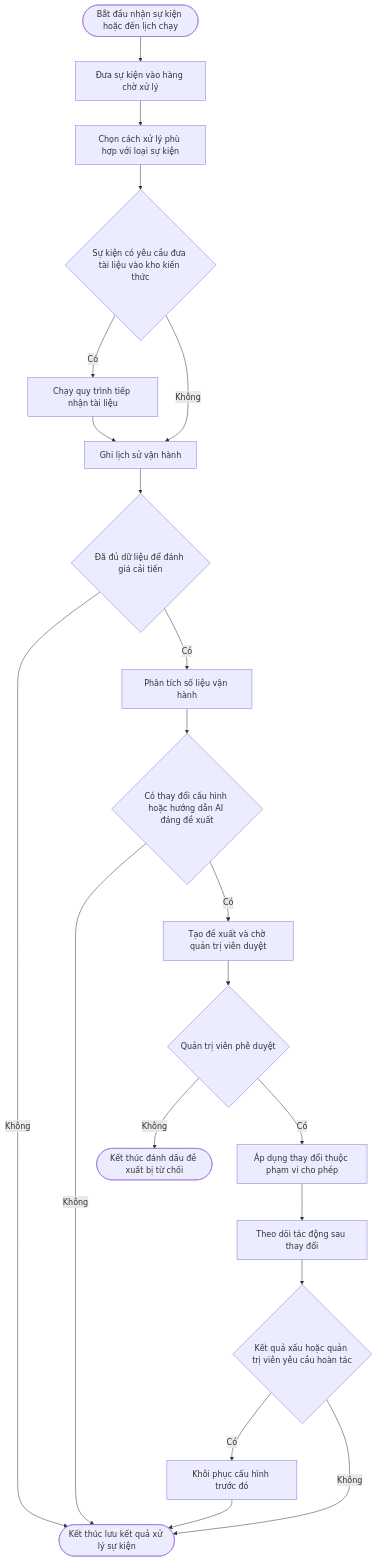
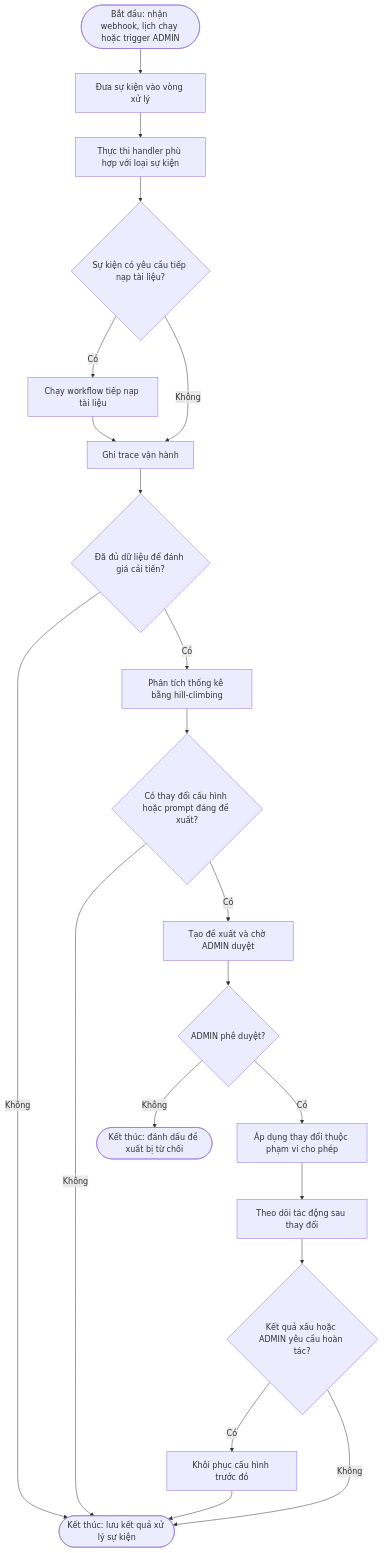
The ninth of 10 diagrams in agentic_ai_workflow_and_architecture_guide_3.md (MinTruqday/dl), drawn with Mermaid before and after one commit. The commit also changed other lines of this file and 78 other files, not shown here.

````diff
--- a/agentic_ai_workflow_and_architecture_guide_3.md
+++ b/agentic_ai_workflow_and_architecture_guide_3.md
@@ -337,23 +261,23 @@
 ```mermaid
 flowchart TD
-    Start([Bắt đầu nhận sự kiện hoặc đến lịch chạy]) --> QueueEvent[Đưa sự kiện vào hàng chờ xử lý]
-    QueueEvent --> HandleEvent[Chọn cách xử lý phù hợp với loại sự kiện]
-    HandleEvent --> NeedIndex{Sự kiện có yêu cầu đưa tài liệu vào kho kiến thức}
-    NeedIndex -->|Có| IngestDocument[Chạy quy trình tiếp nhận tài liệu]
-    NeedIndex -->|Không| RecordTrace[Ghi lịch sử vận hành]
+    Start([Bắt đầu: nhận webhook, lịch chạy hoặc trigger ADMIN]) --> QueueEvent[Đưa sự kiện vào vòng xử lý]
+    QueueEvent --> HandleEvent[Thực thi handler phù hợp với loại sự kiện]
+    HandleEvent --> NeedIndex{Sự kiện có yêu cầu tiếp nạp tài liệu?}
+    NeedIndex -->|Có| IngestDocument[Chạy workflow tiếp nạp tài liệu]
+    NeedIndex -->|Không| RecordTrace[Ghi trace vận hành]
     IngestDocument --> RecordTrace
-    RecordTrace --> EnoughData{Đã đủ dữ liệu để đánh giá cải tiến}
-    EnoughData -->|Không| End([Kết thúc lưu kết quả xử lý sự kiện])
-    EnoughData -->|Có| AnalyzeMetrics[Phân tích số liệu vận hành]
-    AnalyzeMetrics --> HasProposal{Có thay đổi cấu hình hoặc hướng dẫn AI đáng đề xuất}
+    RecordTrace --> EnoughData{Đã đủ dữ liệu để đánh giá cải tiến?}
+    EnoughData -->|Không| End([Kết thúc: lưu kết quả xử lý sự kiện])
+    EnoughData -->|Có| AnalyzeMetrics[Phân tích thống kê bằng hill-climbing]
+    AnalyzeMetrics --> HasProposal{Có thay đổi cấu hình hoặc prompt đáng đề xuất?}
     HasProposal -->|Không| End
-    HasProposal -->|Có| CreateProposal[Tạo đề xuất và chờ quản trị viên duyệt]
-    CreateProposal --> Approved{Quản trị viên phê duyệt}
-    Approved -->|Không| RejectProposal([Kết thúc đánh dấu đề xuất bị từ chối])
+    HasProposal -->|Có| CreateProposal[Tạo đề xuất và chờ ADMIN duyệt]
+    CreateProposal --> Approved{ADMIN phê duyệt?}
+    Approved -->|Không| RejectProposal([Kết thúc: đánh dấu đề xuất bị từ chối])
     Approved -->|Có| ApplyProposal[Áp dụng thay đổi thuộc phạm vi cho phép]
     ApplyProposal --> ObserveImpact[Theo dõi tác động sau thay đổi]
-    ObserveImpact --> NeedRollback{Kết quả xấu hoặc quản trị viên yêu cầu hoàn tác}
+    ObserveImpact --> NeedRollback{Kết quả xấu hoặc ADMIN yêu cầu hoàn tác?}
     NeedRollback -->|Có| RollbackChange[Khôi phục cấu hình trước đó]
     NeedRollback -->|Không| End
     RollbackChange --> End
 ```
````
